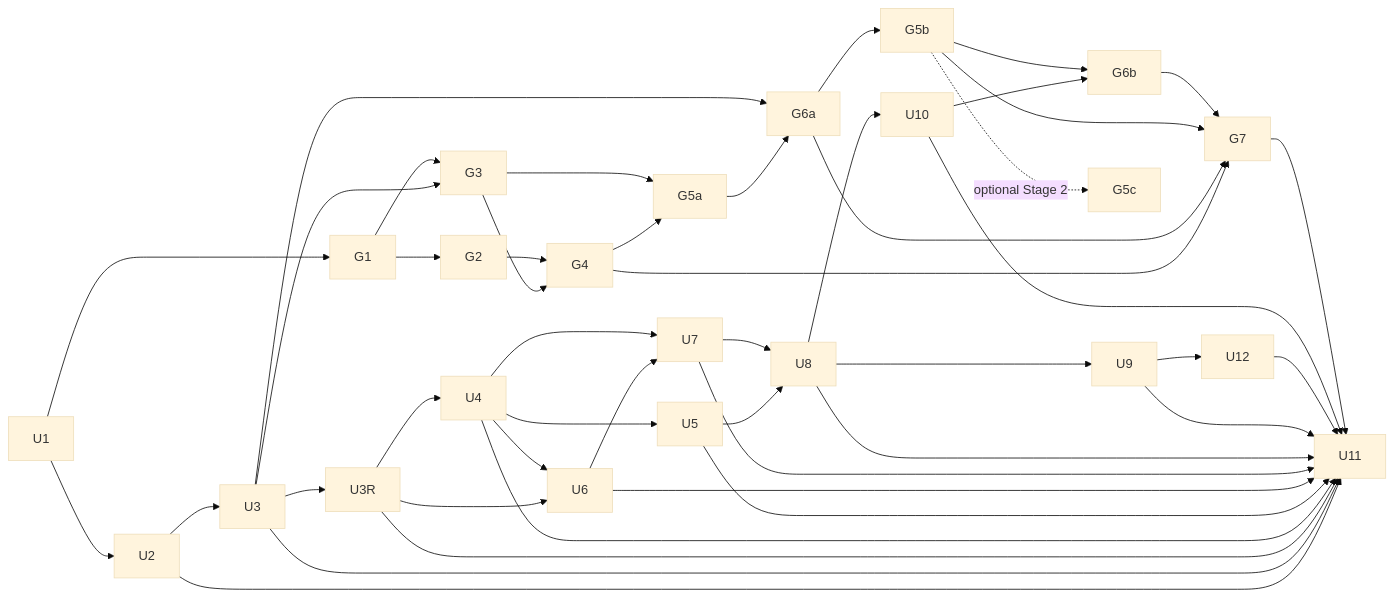
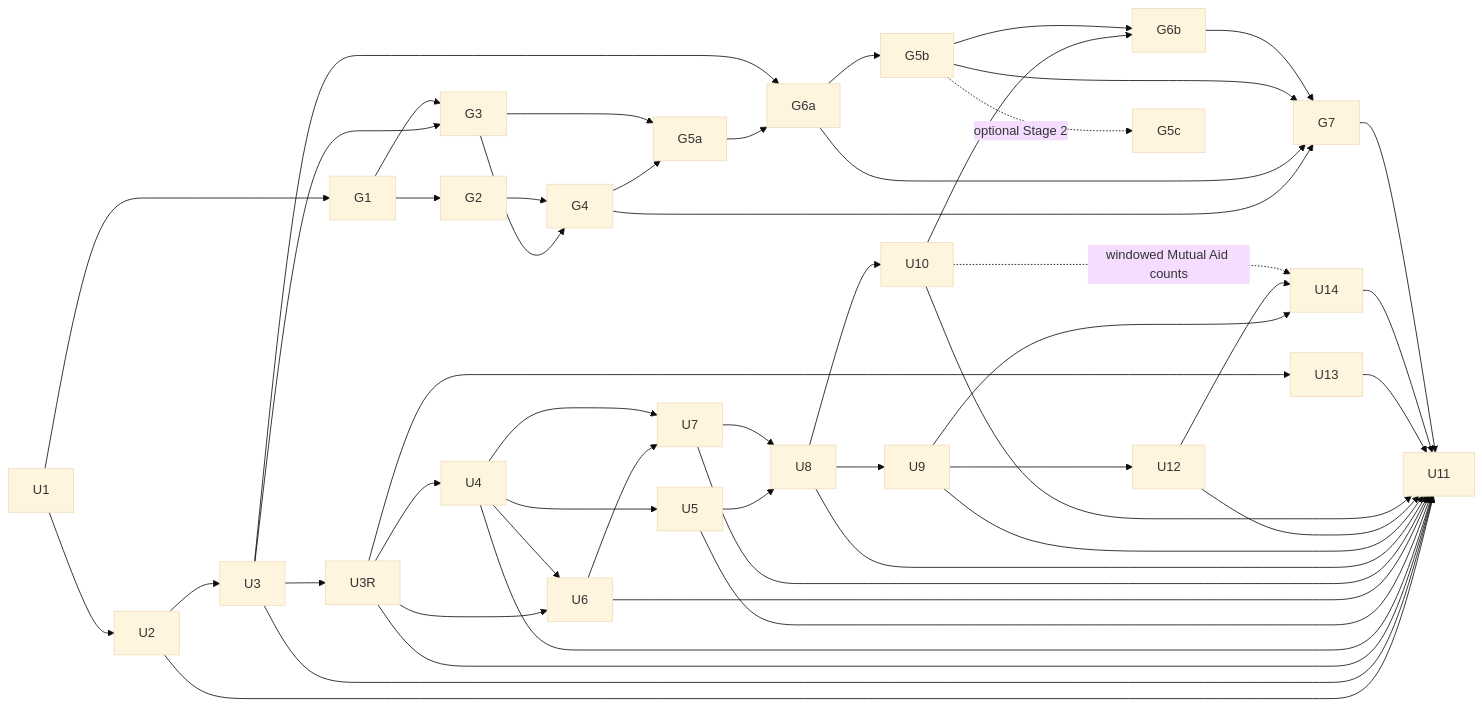
The second of 2 diagrams in docs/plans/2026-07-05-001-feat-fyp1-prototype-development-plan(2)(1).md (Lmivgshkt2O/logic-oasis-fyp), drawn with Mermaid (base theme) before and after one commit. The commit also changed other lines of this file, not shown here.

````diff
--- a/docs/plans/2026-07-05-001-feat-fyp1-prototype-development-plan(2)(1).md
+++ b/docs/plans/2026-07-05-001-feat-fyp1-prototype-development-plan(2)(1).md
@@ -895,35 +943,41 @@
 ```mermaid
 flowchart LR
     U1 --> U2 --> U3 --> U3R --> U4 --> U5
+    U3R --> U13
     U3R --> U6
     U4 --> U6 --> U7
     U4 --> U7
     U5 --> U8
     U7 --> U8 --> U9 --> U12
+    U9 --> U14
+    U12 --> U14
     U8 --> U10
+    U10 -. windowed Mutual Aid counts .-> U14
     U1 --> G1 --> G2
     U3 --> G3
     G1 --> G3 --> G4
     G2 --> G4 --> G5a
     G3 --> G5a --> G6a --> G5b
     U3 --> G6a
     U10 --> G6b
     G5b --> G6b
     G5b -. optional Stage 2 .-> G5c
     G4 --> G7
     G6a --> G7
     G5b --> G7
     G6b --> G7
     U2 --> U11
     U3 --> U11
     U3R --> U11
     U4 --> U11
     U5 --> U11
     U6 --> U11
     U7 --> U11
     U8 --> U11
     U9 --> U11
     U12 --> U11
     U10 --> U11
+    U13 --> U11
+    U14 --> U11
     G7 --> U11
 ```
````
